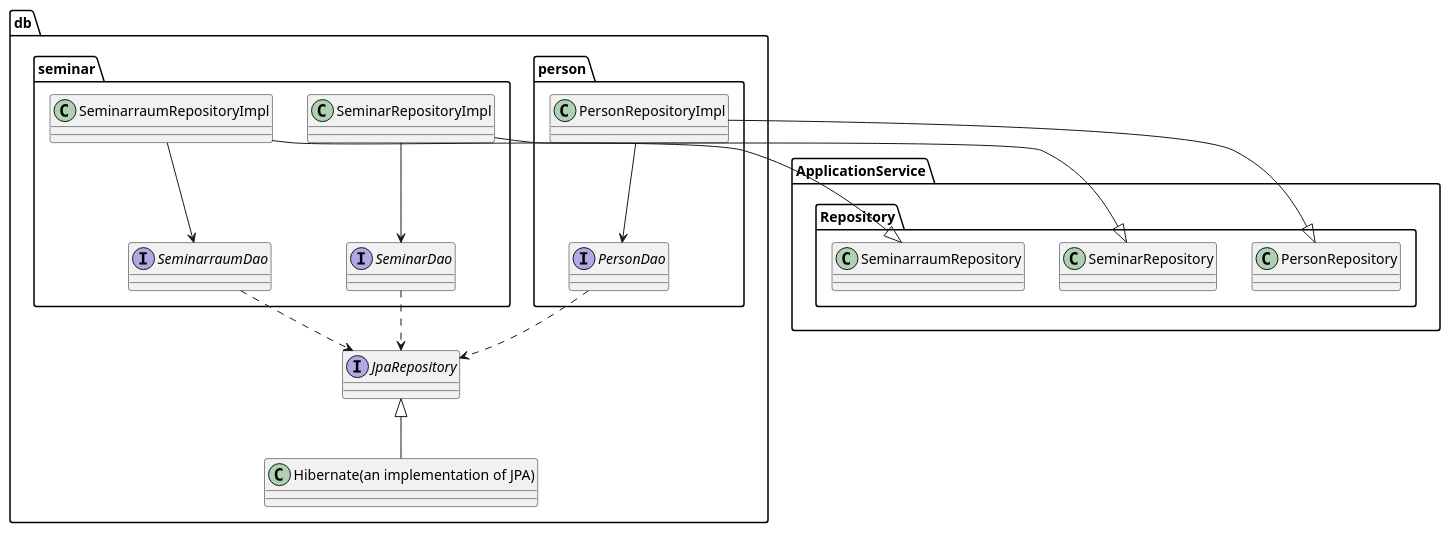
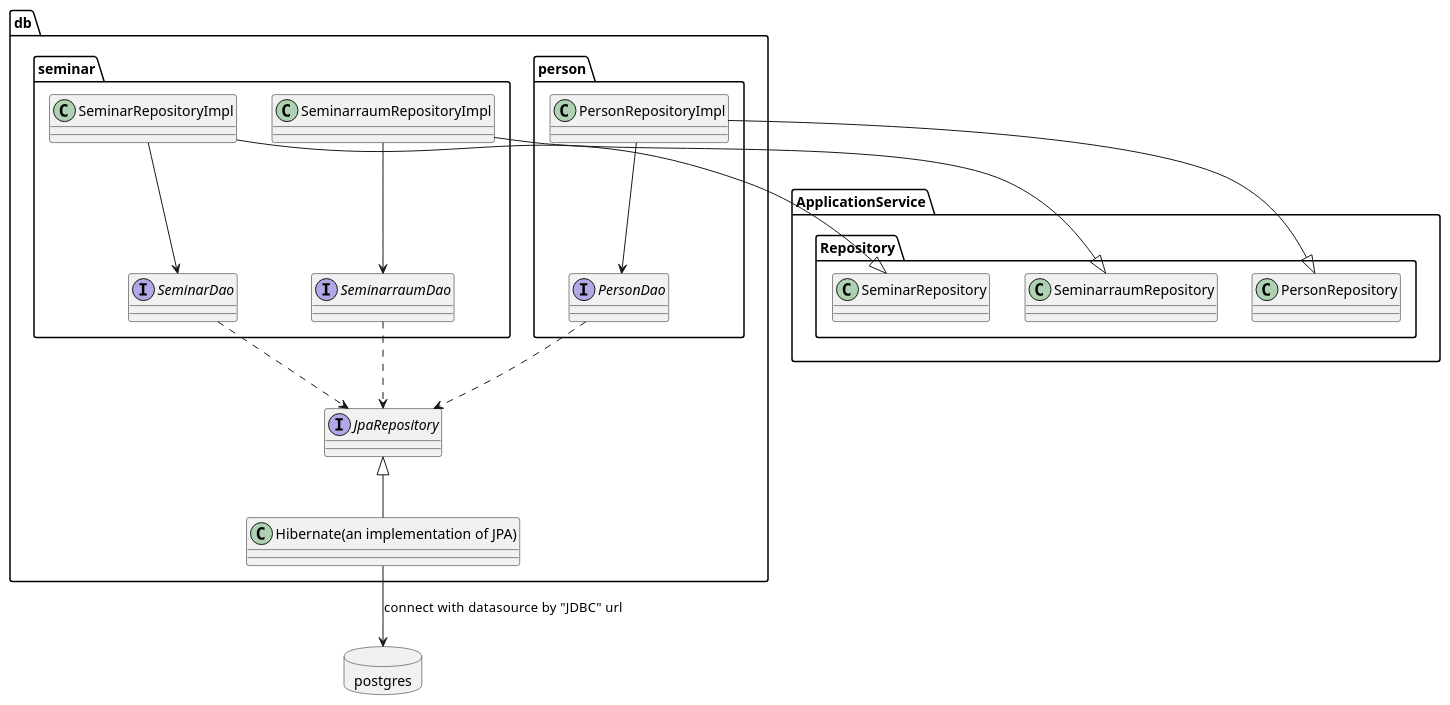
Before and after one commit to Parwand/adesso-seminar-management: the diagram in src/main/resources/uml/DB.puml, drawn with PlantUML.

```diff
--- a/src/main/resources/uml/DB.puml
+++ b/src/main/resources/uml/DB.puml
@@ -1,51 +1,54 @@
 @startuml
 package "ApplicationService" {
     package "Repository" {
         class "PersonRepository"
         class "SeminarRepository"
         class "SeminarraumRepository"
     }
 }
 package "db" {
     package "person" {
         class "PersonRepositoryImpl" {
         }
         interface "PersonDao" {
         }
     }
 
     package "seminar" {
         class "SeminarRepositoryImpl" {
         }
         interface "SeminarDao" {
         }
 
         class "SeminarraumRepositoryImpl" {
         }
         interface "SeminarraumDao" {
         }
     }
 
     interface "JpaRepository" {
     }
     class "Hibernate(an implementation of JPA)" {
     }
 }
+database "postgres" {
+}
 'Person
 "PersonRepositoryImpl" --|> "PersonRepository"
 "PersonRepositoryImpl" --> "PersonDao"
 "PersonDao" ..>"JpaRepository"
 
 'Seminar
 "SeminarRepositoryImpl" --|> "SeminarRepository"
 "SeminarRepositoryImpl" --> "SeminarDao"
 "SeminarDao" ..> "JpaRepository"
 
 'Seminarraum
 "SeminarraumRepositoryImpl" --|> "SeminarraumRepository"
 "SeminarraumRepositoryImpl" --> "SeminarraumDao"
 "SeminarraumDao" ..> "JpaRepository"
 
 'Hibernate
 "JpaRepository" <|-- "Hibernate(an implementation of JPA)"
+"Hibernate(an implementation of JPA)" --> postgres: connect with datasource  by  "JDBC" url
 @enduml
```
